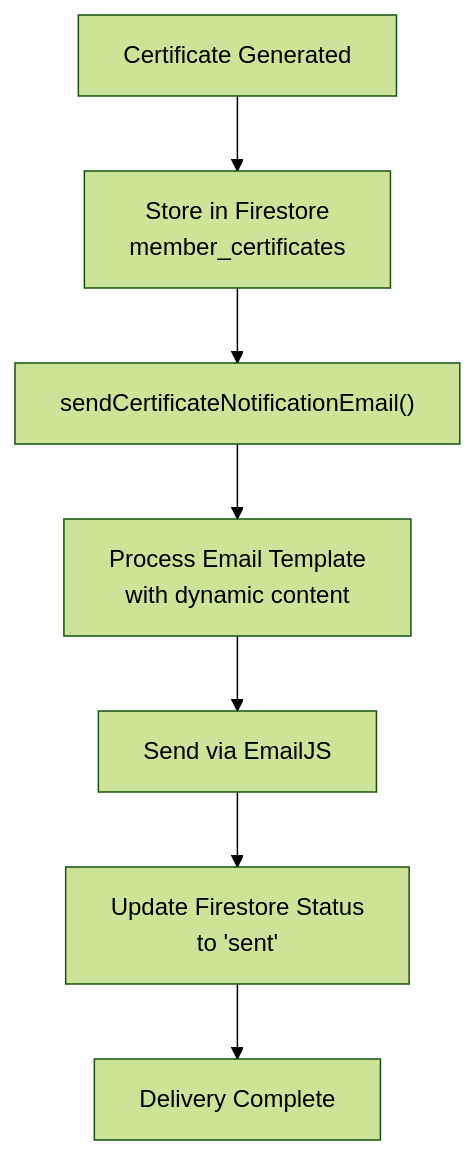
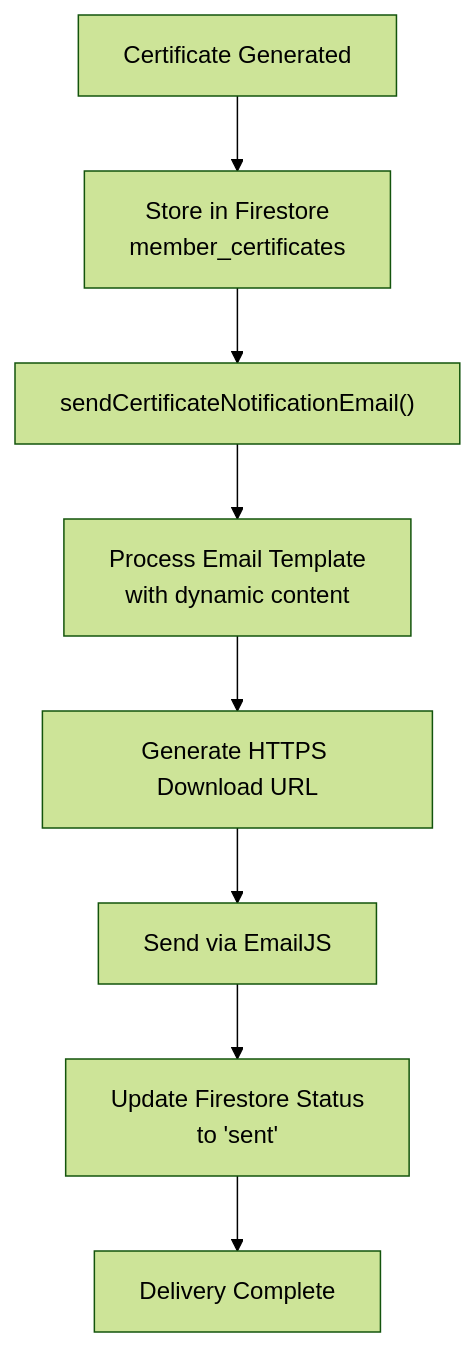
Before and after one commit to Unsure-bry/sampacoop_system: the sixth of 7 diagrams in .qoder/repowiki/en/content/Email & Notification System/Certificate Generation System.md, drawn with Mermaid (forest theme). The commit also changed other lines of this file and 12 other files, not shown here.

````diff
--- a/.qoder/repowiki/en/content/Email & Notification System/Certificate Generation System.md
+++ b/.qoder/repowiki/en/content/Email & Notification System/Certificate Generation System.md
@@ -324,9 +439,10 @@
 ```mermaid
 flowchart TD
 Generate["Certificate Generated"] --> Store["Store in Firestore<br/>member_certificates"]
 Store --> Email["sendCertificateNotificationEmail()"]
 Email --> Template["Process Email Template<br/>with dynamic content"]
-Template --> Send["Send via EmailJS"]
+Template --> URL["Generate HTTPS Download URL"]
+URL --> Send["Send via EmailJS"]
 Send --> Track["Update Firestore Status<br/>to 'sent'"]
 Track --> Complete["Delivery Complete"]
 ```
````
